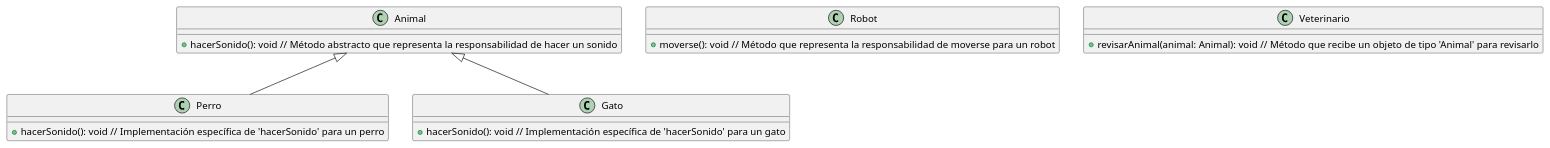
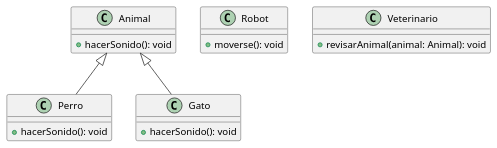
Before and after one commit to CodeSystem2022/Binary-Brains-Base-de-Datos: the diagram in soliduml.puml, drawn with PlantUML. The commit also changed 1 other file, not shown here.

Commit message:
uml mejor

```diff
--- a/soliduml.puml
+++ b/soliduml.puml
@@ -1,32 +1,26 @@
 @startuml
 
-' Definición de la clase base abstracta 'Animal
 class Animal {
-  +hacerSonido(): void // Método abstracto que representa la responsabilidad de hacer un sonido
+  +hacerSonido(): void
 }
 
-' Clase 'Perro' que hereda de 'Animal'
 class Perro {
-  +hacerSonido(): void // Implementación específica de 'hacerSonido' para un perro
+  +hacerSonido(): void
 }
 
-' Clase 'Gato' que hereda de 'Animal'
 class Gato {
-  +hacerSonido(): void // Implementación específica de 'hacerSonido' para un gato
+  +hacerSonido(): void
 }
 
-' Clase 'Robot' que no hereda de 'Animal' y tiene su propia responsabilidad
 class Robot {
-  +moverse(): void // Método que representa la responsabilidad de moverse para un robot
+  +moverse(): void
 }
 
-' Clase 'Veterinario' que realiza una acción en base a un 'Animal'
 class Veterinario {
-  +revisarAnimal(animal: Animal): void // Método que recibe un objeto de tipo 'Animal' para revisarlo
+  +revisarAnimal(animal: Animal): void
 }
 
-' Herencia: 'Perro' y 'Gato' son subclases de 'Animal'
 Animal <|-- Perro
 Animal <|-- Gato
 
 @enduml
```
